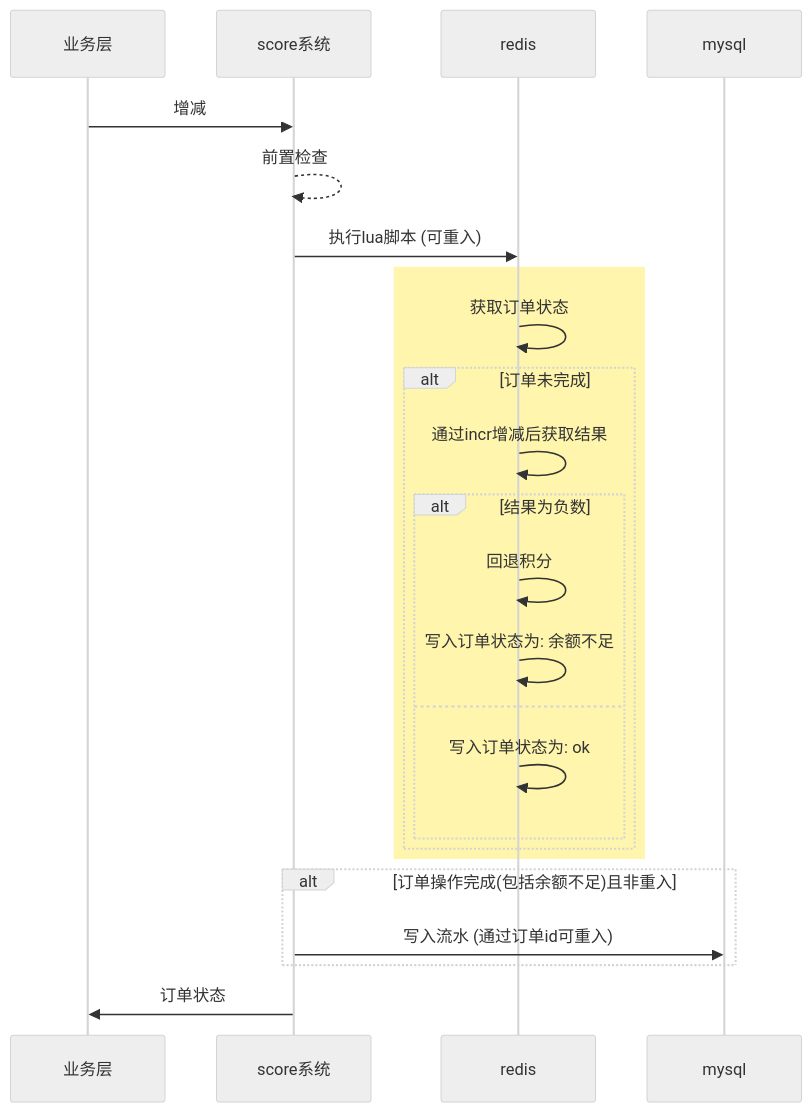
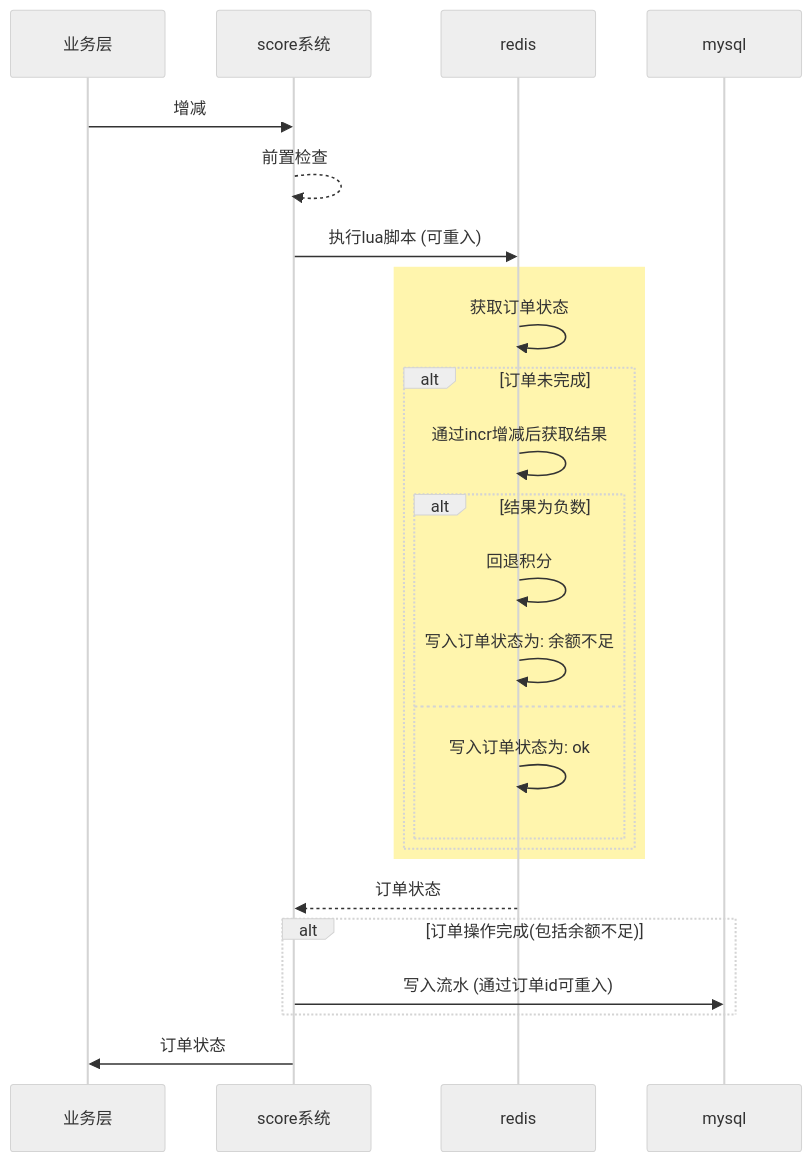
The first of 2 diagrams in readme.md (zlyuancn/score), drawn with Mermaid (neutral theme) before and after one commit. The commit also changed other lines of this file and 16 other files, not shown here.

````diff
--- a/readme.md
+++ b/readme.md
@@ -169,28 +170,29 @@
 ```mermaid
 sequenceDiagram
 participant a as 业务层
 participant b as score系统
 participant c as redis
 participant d as mysql
 
 a->>b: 增减
 b-->>b: 前置检查
 b->>c: 执行lua脚本 (可重入)
 rect rgb(255, 245, 173)
   c->>c: 获取订单状态
   alt 订单未完成
     c->>c: 通过incr增减后获取结果
     alt 结果为负数
         c->>c: 回退积分
         c->>c: 写入订单状态为: 余额不足
     else
         c->>c: 写入订单状态为: ok
     end
   end
 end
+c-->>b: 订单状态
 
-alt 订单操作完成(包括余额不足)且非重入
+alt 订单操作完成(包括余额不足)
     b->>d: 写入流水 (通过订单id可重入)
 end
 b->>a: 订单状态
 ```
````
